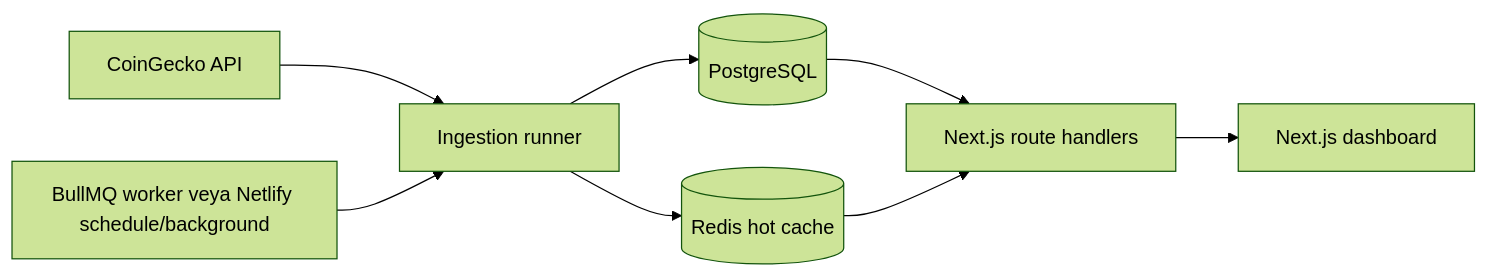
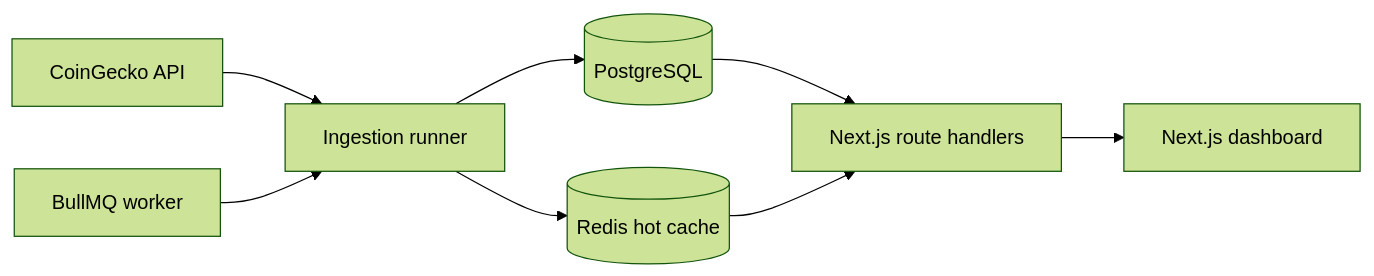
One commit to npcBerk/sonitus changed the diagram in README.md. Above: the diagram before and after it, drawn with Mermaid (forest theme). The commit also changed other lines of this file and 18 other files, not shown here.

````diff
--- a/README.md
+++ b/README.md
@@ -17,10 +17,10 @@
 ```mermaid
 flowchart LR
   CG[CoinGecko API] --> I[Ingestion runner]
   I --> PG[(PostgreSQL)]
   I --> RC[(Redis hot cache)]
-  Q[BullMQ worker veya Netlify schedule/background] --> I
+  Q[BullMQ worker] --> I
   PG --> API[Next.js route handlers]
   RC --> API
   API --> UI[Next.js dashboard]
 ```
````
